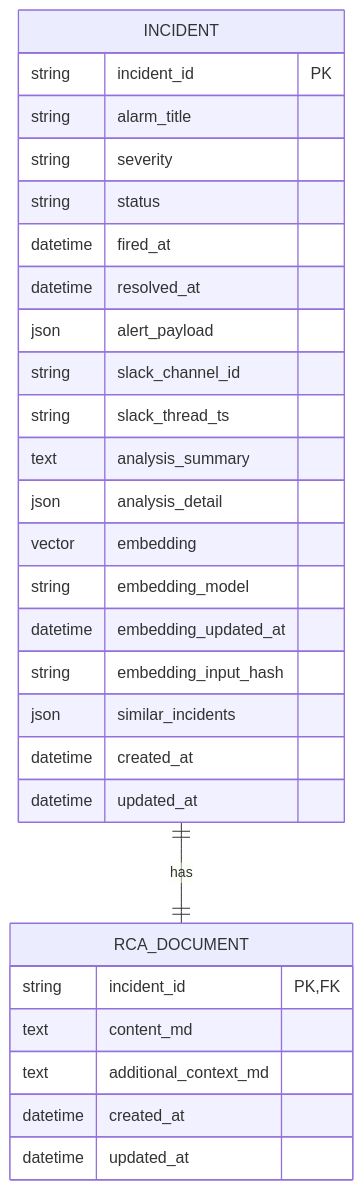
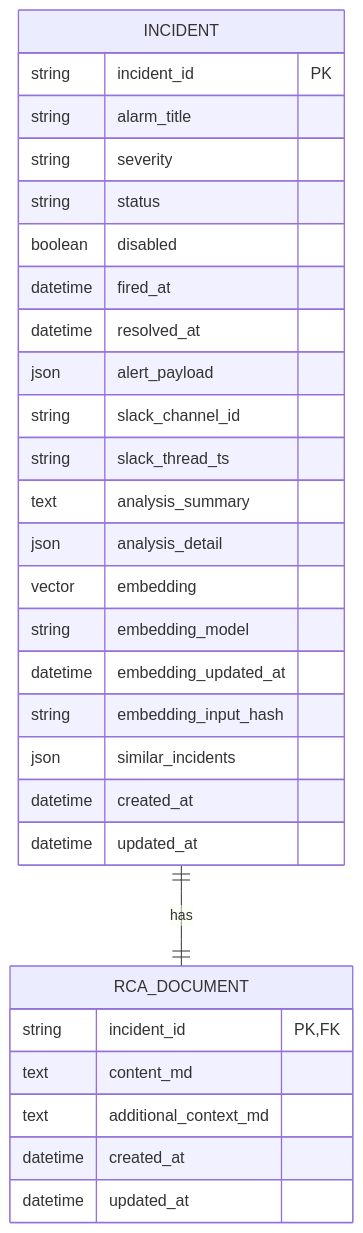
One commit to kube-rca/kuberca changed the diagram in docs/diagrams/entity_relationship_diagram.md. Above: the diagram before and after it, drawn with Mermaid. The commit also changed 1 other file, not shown here.

Commit message:
docs(diagrams): update system context and ERD

````diff
--- a/docs/diagrams/entity_relationship_diagram.md
+++ b/docs/diagrams/entity_relationship_diagram.md
@@ -3,39 +3,40 @@
 ```mermaid
 erDiagram
   INCIDENT ||--|| RCA_DOCUMENT : has
 
   INCIDENT {
     string incident_id PK
     string alarm_title
     string severity
     string status
+    boolean disabled
     datetime fired_at
     datetime resolved_at
 
     json alert_payload
 
     string slack_channel_id
     string slack_thread_ts
 
     text analysis_summary
     json analysis_detail
 
     vector embedding
     string embedding_model
     datetime embedding_updated_at
     string embedding_input_hash
 
     json similar_incidents
 
     datetime created_at
     datetime updated_at
   }
 
   RCA_DOCUMENT {
     string incident_id PK,FK
     text content_md
     text additional_context_md
     datetime created_at
     datetime updated_at
   }
 ```
````
